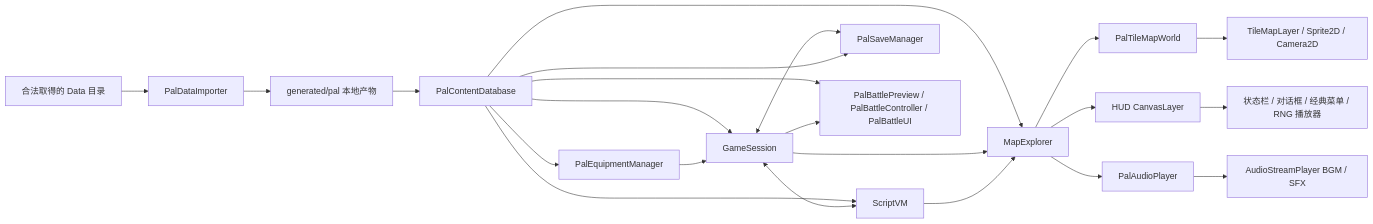
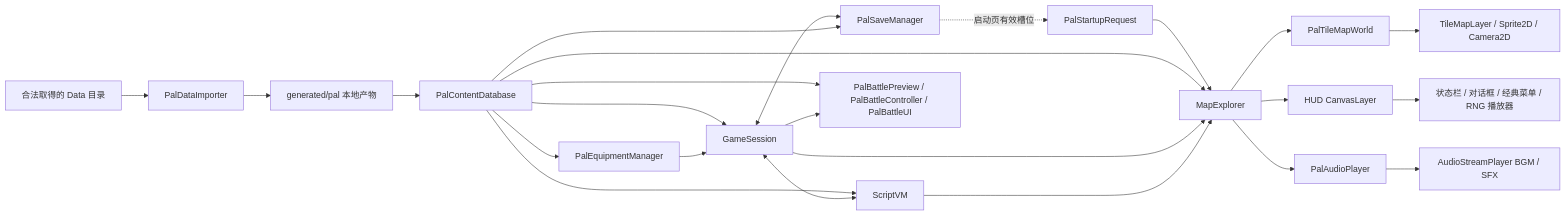
One commit to 1xuanyuan1/sword-godot changed the first of 2 diagrams in docs/ARCHITECTURE.md. Above: the diagram before and after it, drawn with Mermaid. The commit also changed other lines of this file and 13 other files, not shown here.

````diff
--- a/docs/ARCHITECTURE.md
+++ b/docs/ARCHITECTURE.md
@@ -5,24 +5,26 @@
 ```mermaid
 flowchart LR
     A[合法取得的 Data 目录] --> B[PalDataImporter]
     B --> C[generated/pal 本地产物]
     C --> D[PalContentDatabase]
     D --> E[GameSession]
     D --> F[ScriptVM]
     D --> P[PalEquipmentManager]
     P --> E
     E <--> F
     E <--> Q[PalSaveManager]
     D --> Q
+    Q -. 启动页有效槽位 .-> R[PalStartupRequest]
+    R --> G
     D --> G[MapExplorer]
     D --> O[PalBattlePreview / PalBattleController / PalBattleUI]
     E --> O
     E --> G
     F --> G
     G --> H[PalTileMapWorld]
     G --> I[HUD CanvasLayer]
     I --> K[状态栏 / 对话框 / 经典菜单 / RNG 播放器]
     H --> J[TileMapLayer / Sprite2D / Camera2D]
     G --> L[PalAudioPlayer]
     L --> N[AudioStreamPlayer BGM / SFX]
 ```
````
